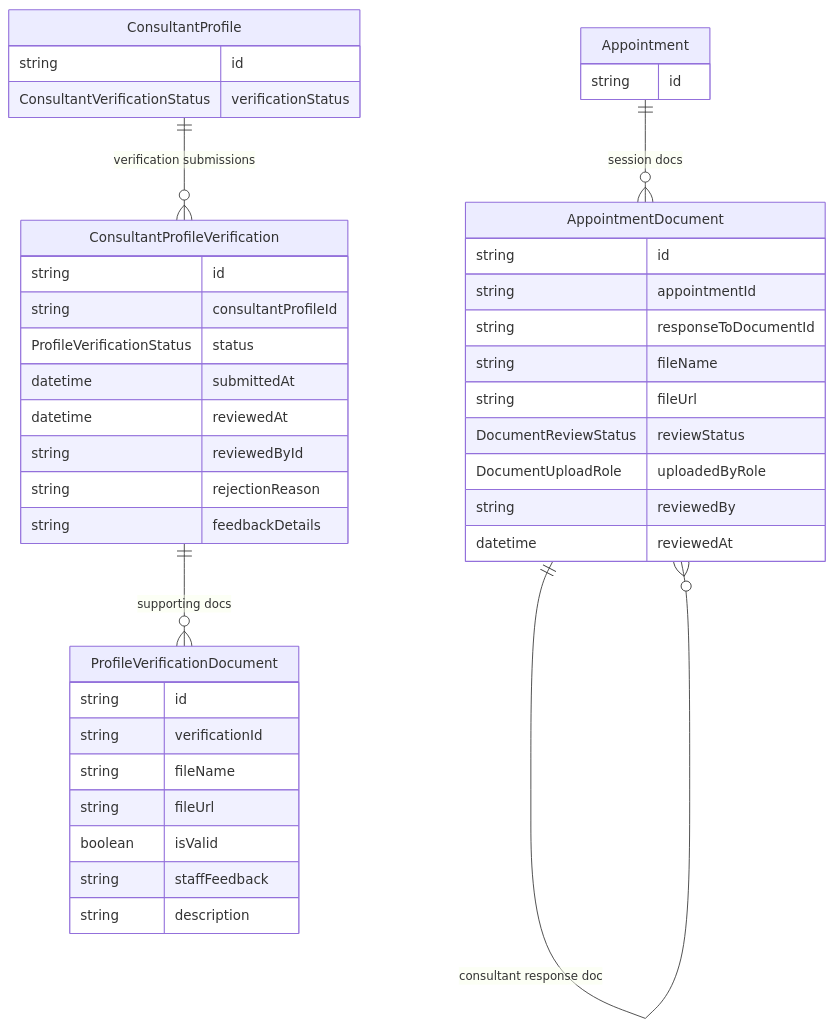
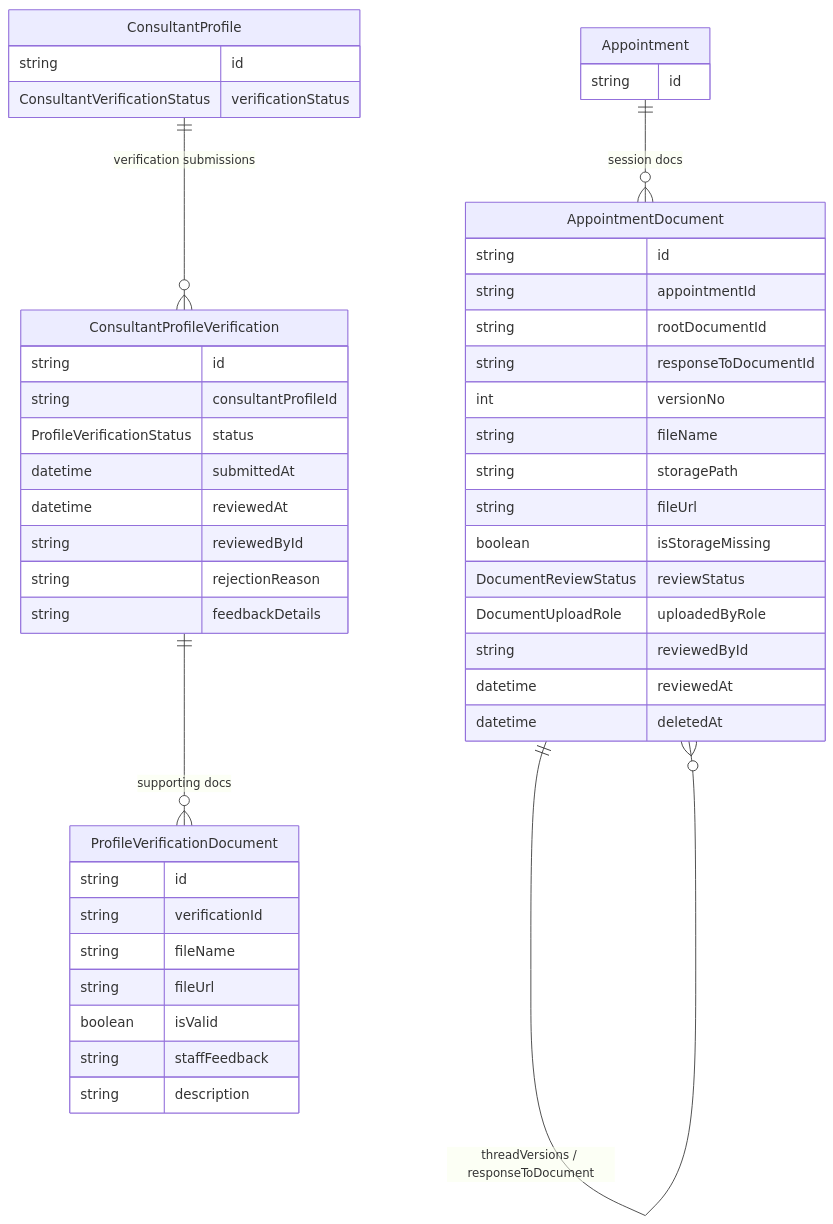
Before and after one commit to Practitionist/familiarise_web: diagram 13 of 24 in docs/prisma/00-schema-map.md, drawn with Mermaid. The commit also changed 25 other files, not shown here.

````diff
--- a/docs/prisma/00-schema-map.md
+++ b/docs/prisma/00-schema-map.md
@@ -875,45 +875,50 @@
 ```mermaid
 erDiagram
     Appointment {
         string id
     }
     AppointmentDocument {
         string id
         string appointmentId
+        string rootDocumentId
         string responseToDocumentId
+        int versionNo
         string fileName
+        string storagePath
         string fileUrl
+        boolean isStorageMissing
         DocumentReviewStatus reviewStatus
         DocumentUploadRole uploadedByRole
-        string reviewedBy
+        string reviewedById
         datetime reviewedAt
+        datetime deletedAt
     }
     ConsultantProfile {
         string id
         ConsultantVerificationStatus verificationStatus
     }
     ConsultantProfileVerification {
         string id
         string consultantProfileId
         ProfileVerificationStatus status
         datetime submittedAt
         datetime reviewedAt
         string reviewedById
         string rejectionReason
         string feedbackDetails
     }
     ProfileVerificationDocument {
         string id
         string verificationId
         string fileName
         string fileUrl
         boolean isValid
         string staffFeedback
         string description
     }
 
     Appointment ||--o{ AppointmentDocument : "session docs"
-    AppointmentDocument ||--o{ AppointmentDocument : "consultant response doc"
+    AppointmentDocument ||--o{ AppointmentDocument : "threadVersions / responseToDocument"
     ConsultantProfile ||--o{ ConsultantProfileVerification : "verification submissions"
     ConsultantProfileVerification ||--o{ ProfileVerificationDocument : "supporting docs"
 ```
````
